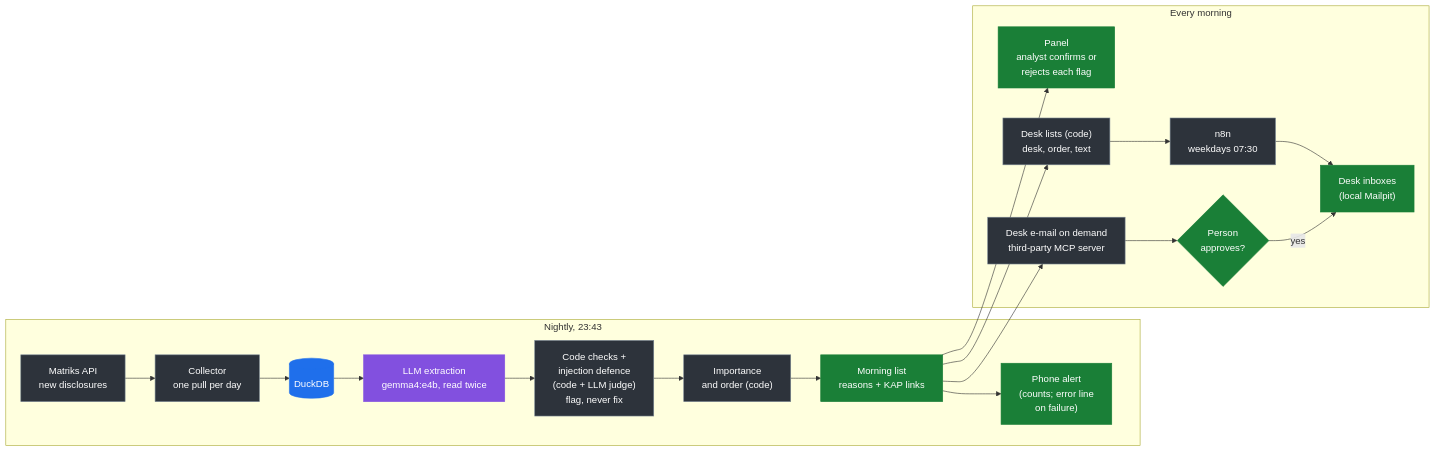
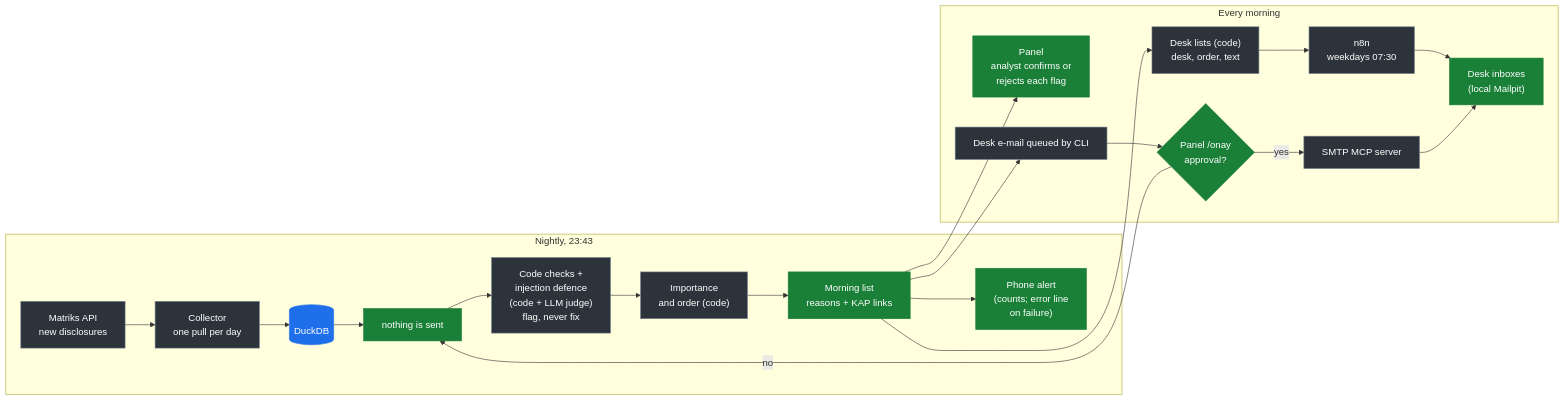
Before and after one commit to sfeyzayildiz/kap-triage: the first of 2 diagrams in README.md, drawn with Mermaid. The commit also changed other lines of this file and 3 other files, not shown here.

Commit message:
Update docs for panel mail approval and five result checks (#26)

````diff
--- a/README.md
+++ b/README.md
@@ -63,25 +63,26 @@
 ```mermaid
 flowchart LR
     classDef llm fill:#8250df,stroke:#8250df,color:#ffffff
     classDef code fill:#2d333b,stroke:#768390,color:#ffffff
     classDef store fill:#1f6feb,stroke:#1f6feb,color:#ffffff
     classDef out fill:#1a7f37,stroke:#1a7f37,color:#ffffff
 
     subgraph NIGHT["Nightly, 23:43"]
         M["Matriks API<br/>new disclosures"]:::code --> C["Collector<br/>one pull per day"]:::code --> DB[("DuckDB")]:::store
         DB --> X["LLM extraction<br/>gemma4:e4b, read twice"]:::llm
         X --> K["Code checks +<br/>injection defence<br/>(code + LLM judge)<br/>flag, never fix"]:::code
         K --> S["Importance<br/>and order (code)"]:::code
         S --> L["Morning list<br/>reasons + KAP links"]:::out
         L --> AL["Phone alert<br/>(counts; error line<br/>on failure)"]:::out
     end
     subgraph MORNING["Every morning"]
         P["Panel<br/>analyst confirms or<br/>rejects each flag"]:::out
         API["Desk lists (code)<br/>desk, order, text"]:::code --> N["n8n<br/>weekdays 07:30"]:::code --> IN["Desk inboxes<br/>(local Mailpit)"]:::out
-        OD["Desk e-mail on demand<br/>third-party MCP server"]:::code --> H{"Person<br/>approves?"}:::out
-        H -- yes --> IN
+        OD["Desk e-mail queued by CLI"]:::code --> H{"Panel /onay<br/>approval?"}:::out
+        H -- yes --> SMTP["SMTP MCP server"]:::code --> IN
+        H -- no --> X["nothing is sent"]:::out
     end
     L --> P
     L --> API
     L --> OD
 ```
````
